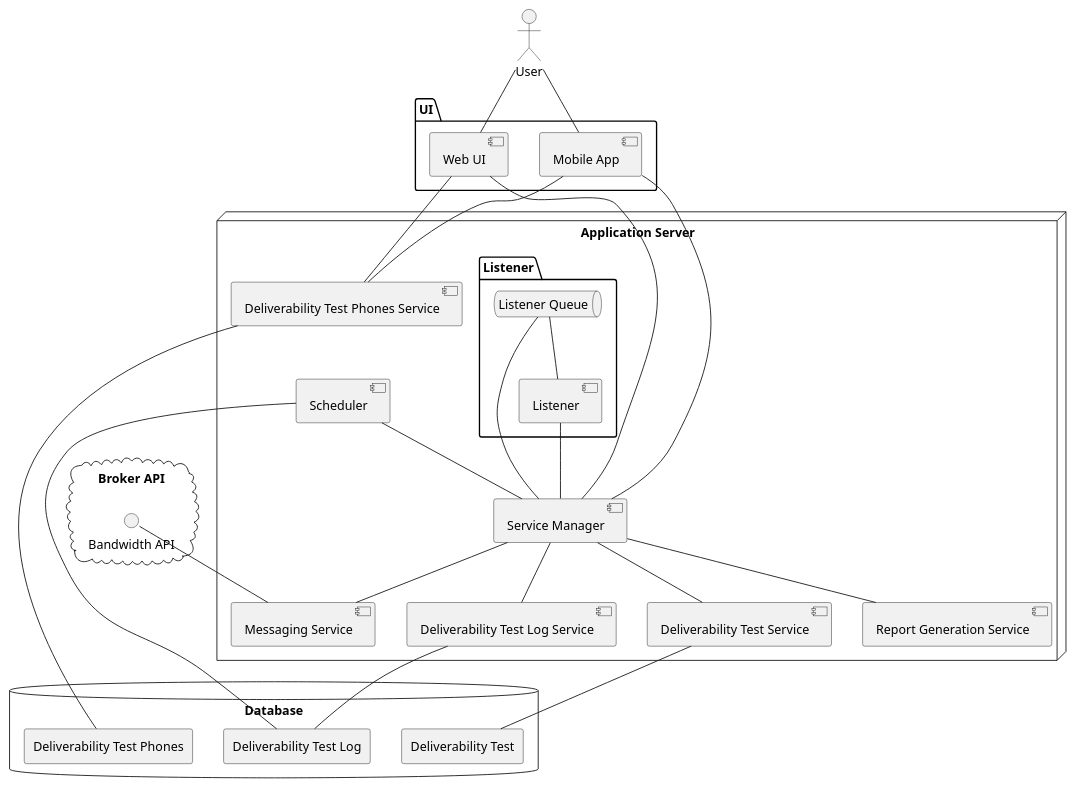
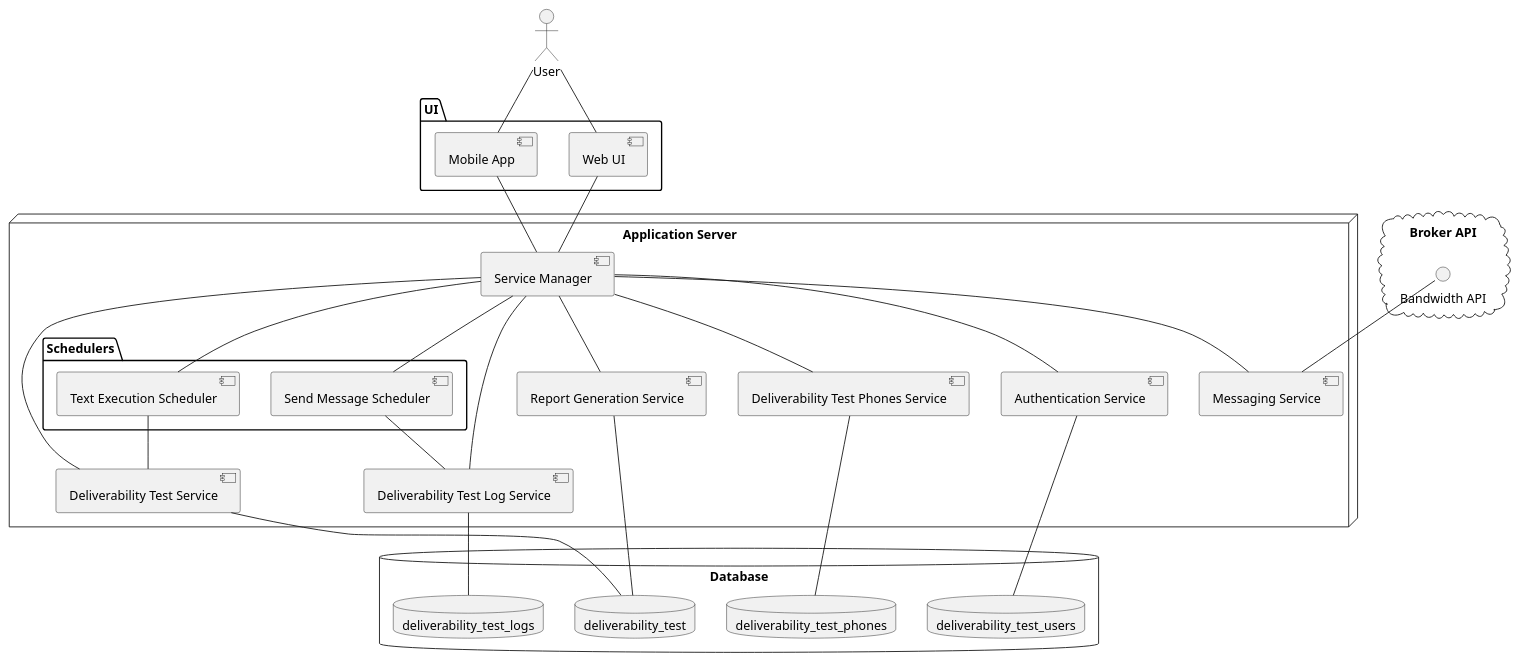
Before and after one commit to Xyz0074/testing-diagrams: the diagram in source/microservices-component-diagram.puml, drawn with PlantUML.

```diff
--- a/source/microservices-component-diagram.puml
+++ b/source/microservices-component-diagram.puml
@@ -1,66 +1,70 @@
 @startuml
 
-/'Defines all the components in the diagram, including the actor.'/
+/'Defines all the components in the diagram, including the actor.'/ 
 User as user
 
 package UI {
     component "Web UI" as web_ui
     component "Mobile App" as mobile_app
 }
 
 node "Application Server" {
     component "Service Manager" as service_manager
 
-    package "Listener" {
-        queue "Listener Queue" as listener_queue
-        component "Listener" as listener
+    package "Schedulers" {
+        component "Text Execution Scheduler" as text_exec_scheduler
+        component "Send Message Scheduler" as send_msg_scheduler
     }
 
     component "Deliverability Test Log Service" as dtl_service
     component "Deliverability Test Service" as dt_service
     component "Deliverability Test Phones Service" as dtp_service
     component "Report Generation Service" as rg_service
-    component "Scheduler" as scheduler
     component "Messaging Service" as messenger
+    component "Authentication Service" as auth
 }
 
 cloud "Broker API" {
     interface "Bandwidth API" as bandwidth
 }
 
 database Database {
     skinparam componentStyle rectangle
-    component "Deliverability Test Log" as dtl
-    component "Deliverability Test" as dt
-    component "Deliverability Test Phones" as dtp
+    database deliverability_test as dt
+    database deliverability_test_logs as dtl
+    database deliverability_test_phones as dtp
+    database deliverability_test_users as dtu
     skinparam componentStyle uml2
 }
 
-/'Defines the interactions between the components in the diagram.'/
-/'Frontend Interactions'/
+/'Defines the interactions between the components in the diagram.'/ 
+
+/'Frontend Interactions'/ 
 user -- web_ui
 user -- mobile_app
 web_ui -- service_manager
 mobile_app -- service_manager
-web_ui -- dtp_service
-mobile_app -- dtp_service
 
-/'Backend Interactions'/
-service_manager -- listener_queue
-listener_queue -- listener
-listener -- service_manager
+/'Backend Interactions'/ 
+service_manager -- text_exec_scheduler
+service_manager -- send_msg_scheduler
 service_manager -- dt_service
 service_manager -- dtl_service
+text_exec_scheduler -- dt_service
+send_msg_scheduler -- dtl_service
 service_manager -- rg_service
-scheduler -- service_manager
 service_manager -- messenger
+service_manager -- auth
+service_manager -- dtp_service
 
-/'Database Interactions'/
-scheduler -- dtl
+/'Database Interactions'/ 
 dtp_service -- dtp
 dtl_service -- dtl
 dt_service -- dt
+auth -- dtu
+rg_service -- dt
 
-/'Third Party Interactions'/
+/'Third Party Interactions'/ 
 bandwidth -- messenger
+
 @enduml
```
